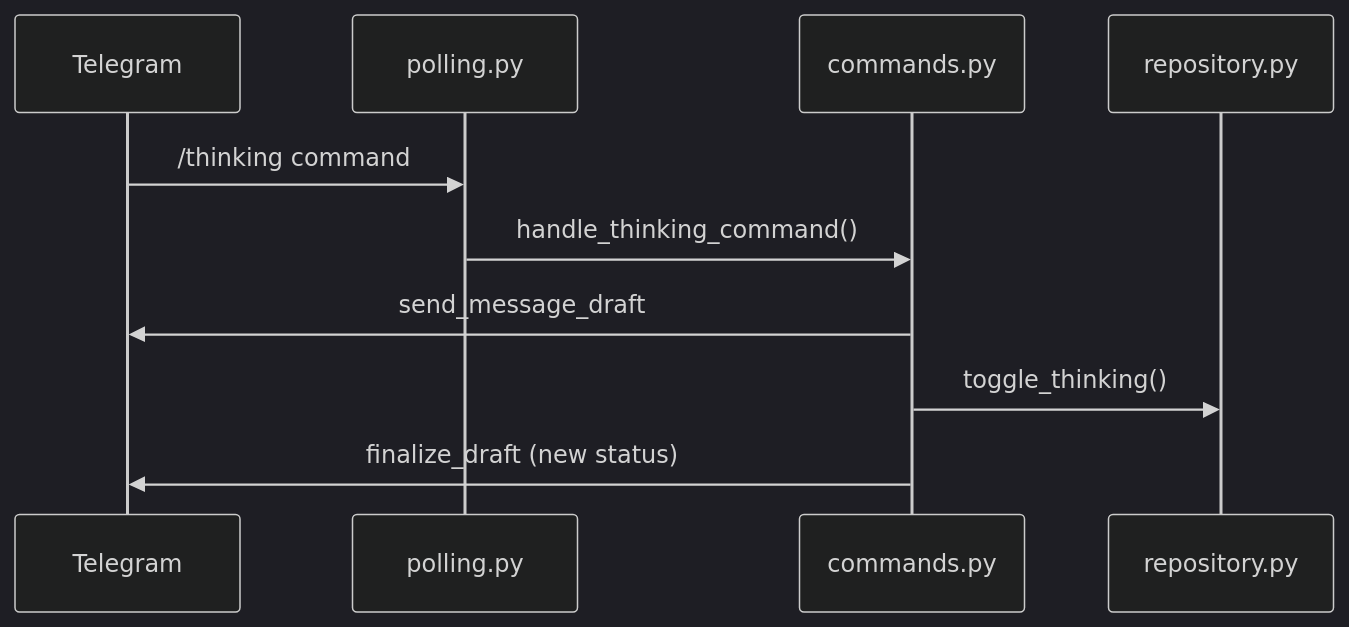
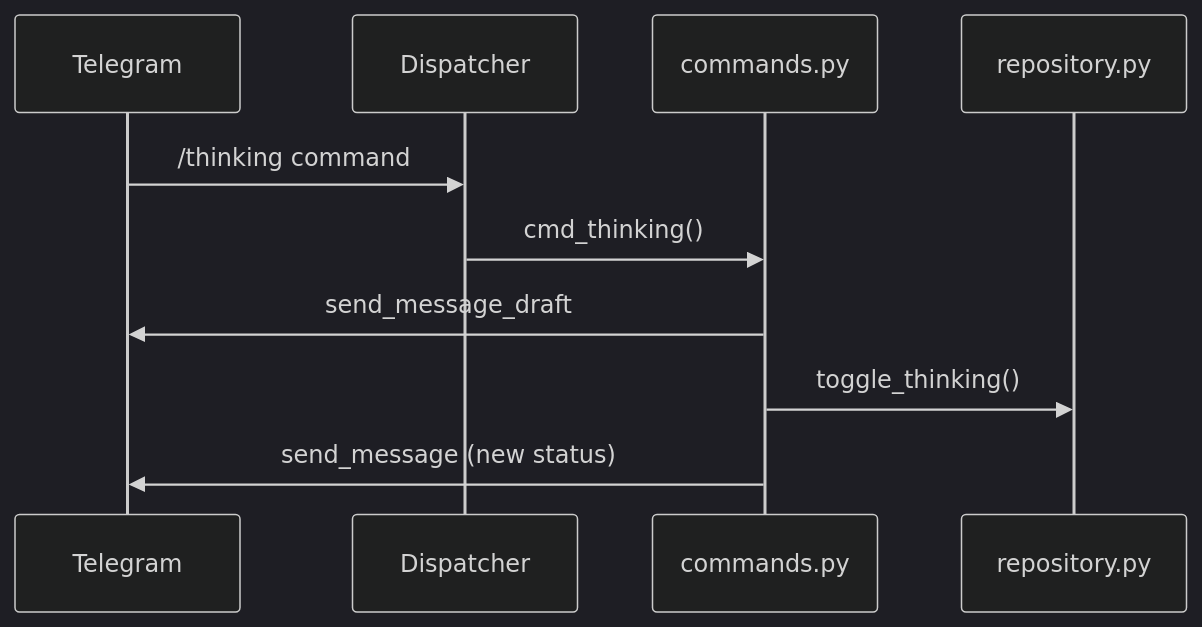
Before and after one commit to karilaa-dev/ai-tg-bot: the third of 3 diagrams in docs/CODEBASE_MAP.md, drawn with Mermaid (dark theme). The commit also changed other lines of this file and 14 other files, not shown here.

````diff
--- a/docs/CODEBASE_MAP.md
+++ b/docs/CODEBASE_MAP.md
@@ -287,13 +282,13 @@
 ```mermaid
 sequenceDiagram
     participant TG as Telegram
-    participant Poll as polling.py
+    participant DP as Dispatcher
     participant Cmd as commands.py
     participant DB as repository.py
 
-    TG->>Poll: /thinking command
-    Poll->>Cmd: handle_thinking_command()
+    TG->>DP: /thinking command
+    DP->>Cmd: cmd_thinking()
     Cmd->>TG: send_message_draft
     Cmd->>DB: toggle_thinking()
-    Cmd->>TG: finalize_draft (new status)
+    Cmd->>TG: send_message (new status)
 ```
````
